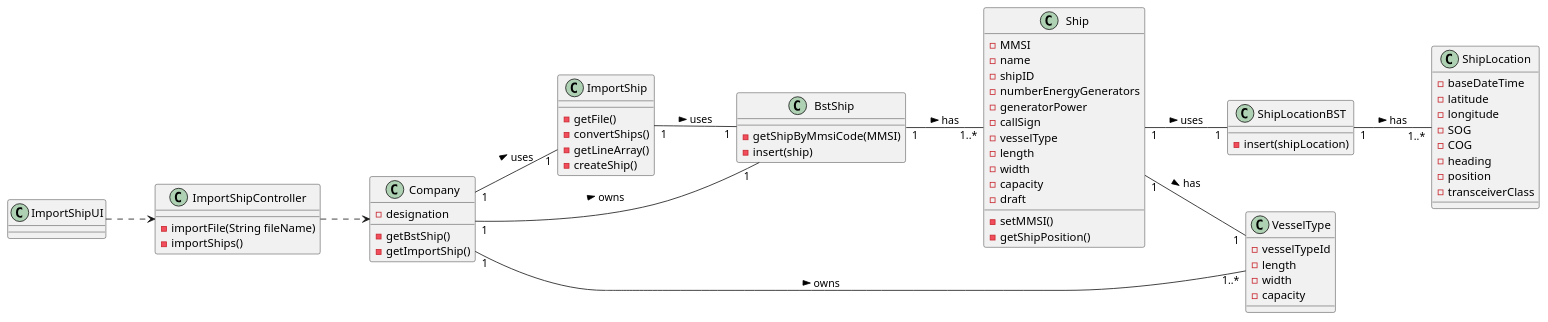
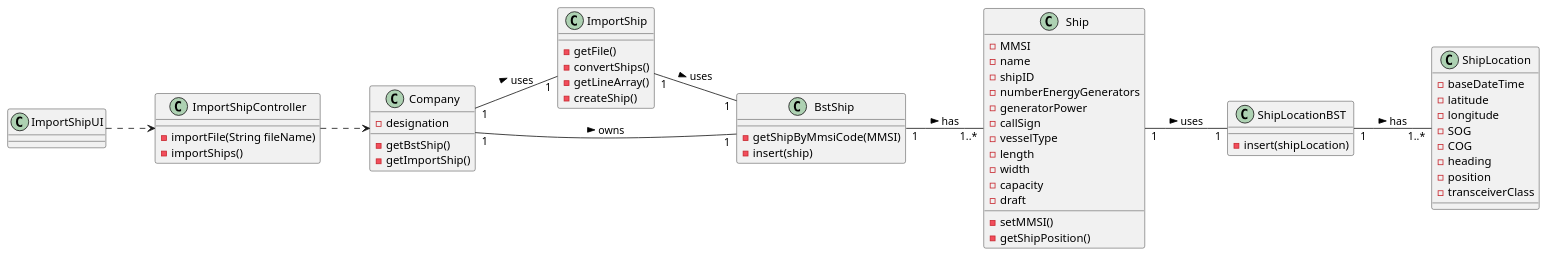
Before and after one commit to 0franciscor/lapr3-2021-g042: the diagram in docs/US101/US101_CD.puml, drawn with PlantUML. The commit also changed 5 other files, not shown here.

```diff
--- a/docs/US101/US101_CD.puml
+++ b/docs/US101/US101_CD.puml
@@ -1,91 +1,82 @@
 @startuml
 left to right direction
 
 
 class Company{
 -designation
 -getBstShip()
 -getImportShip()
 }
 
 class Ship {
 -MMSI
 -name
 -shipID
 -numberEnergyGenerators
 -generatorPower
 -callSign
 -vesselType
 -length
 -width
 -capacity
 -draft
 -setMMSI()
 -getShipPosition()
 }
 
 class ImportShip{
 -getFile()
 -convertShips()
 -getLineArray()
 -createShip()
 }
 
 class ImportShipController{
 -importFile(String fileName)
 -importShips()
 }
 
 class ImportShipUI{
 }
 
 class ShipLocation{
 -baseDateTime
 -latitude
 -longitude
 -SOG
 -COG
 -heading
 -position
 -transceiverClass
 }
 
 class ShipLocationBST{
 -insert(shipLocation)
 }
 
 class BstShip{
 -getShipByMmsiCode(MMSI)
 -insert(ship)
 }
 
-class VesselType {
--vesselTypeId
--length
--width
--capacity
-}
+
 
 ImportShipUI ..> ImportShipController
 
 ImportShipController ..> Company
 
 ImportShip "1" -- "1" BstShip : uses >
 
 Company "1" -- "1" BstShip : owns >
 
-Company "1" -- "1..*" VesselType : owns >
-
 Company "1" -- "1" ImportShip : uses >
 
 BstShip "1" -- "1..*" Ship : has >
 
 Ship "1" -- "1" ShipLocationBST : uses >
 
-Ship "1" -- "1" VesselType : has >
-
 ShipLocationBST "1" -- "1..*" ShipLocation : has >
 
 
 
 @enduml
```
